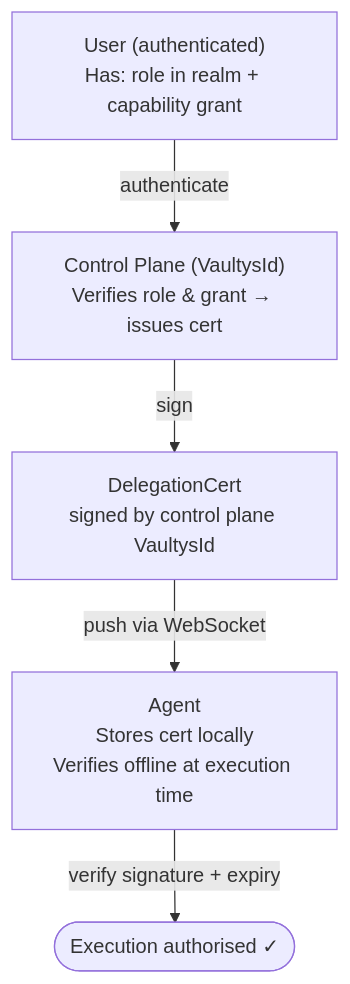
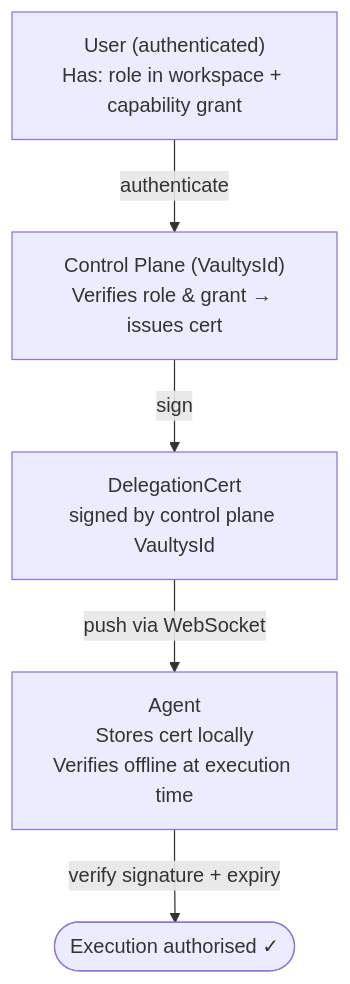
The first of 4 diagrams in docs-site/docs/security/delegation.md (vaultys/VaultysClaw), drawn with Mermaid before and after one commit. The commit also changed 341 other files, not shown here.

Commit message:
rename realm to workspace

````diff
--- a/docs-site/docs/security/delegation.md
+++ b/docs-site/docs/security/delegation.md
@@ -13,13 +13,13 @@
 ```mermaid
 flowchart TD
-  U["User (authenticated)\nHas: role in realm + capability grant"]
+  U["User (authenticated)\nHas: role in workspace + capability grant"]
   CP["Control Plane (VaultysId)\nVerifies role & grant → issues cert"]
   CERT["DelegationCert\nsigned by control plane VaultysId"]
   A["Agent\nStores cert locally\nVerifies offline at execution time"]
   EXEC(["Execution authorised ✓"])
 
   U -->|authenticate| CP
   CP -->|sign| CERT
   CERT -->|push via WebSocket| A
   A -->|verify signature + expiry| EXEC
 ```
````
